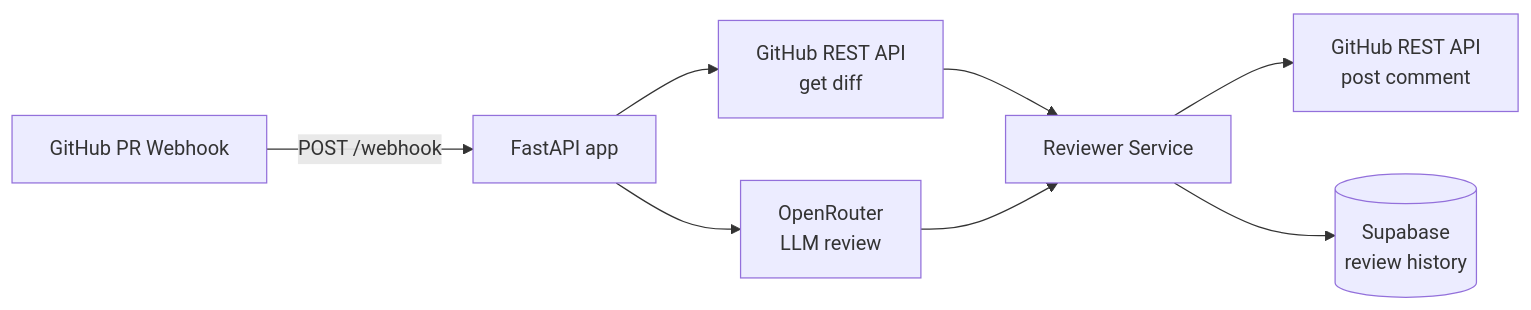
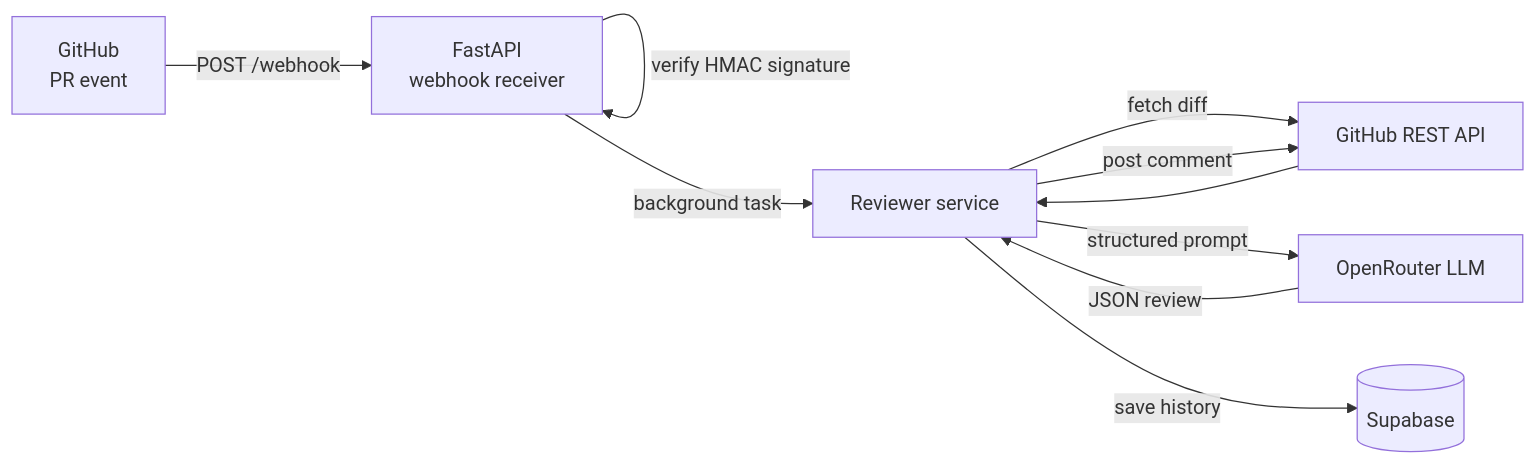
The diagram in README.md (Juaneslot01/pr-reviewer), drawn with Mermaid before and after one commit. The commit also changed other lines of this file, not shown here.

````diff
--- a/README.md
+++ b/README.md
@@ -7,14 +13,12 @@
 ```mermaid
 flowchart LR
-  A[GitHub PR Webhook] -->|POST /webhook| B[FastAPI app]
-  B --> C[GitHub REST API
-  get diff]
-  B --> D[OpenRouter
-  LLM review]
-  C --> E[Reviewer Service]
-  D --> E
-  E --> F[GitHub REST API
-  post comment]
-  E --> G[(Supabase
-  review history)]
+  A[GitHub\nPR event] -->|POST /webhook| B[FastAPI\nwebhook receiver]
+  B -->|verify HMAC signature| B
+  B -->|background task| C[Reviewer service]
+  C -->|fetch diff| D[GitHub REST API]
+  D --> C
+  C -->|structured prompt| E[OpenRouter LLM]
+  E -->|JSON review| C
+  C -->|post comment| D
+  C -->|save history| F[(Supabase)]
 ```
````
